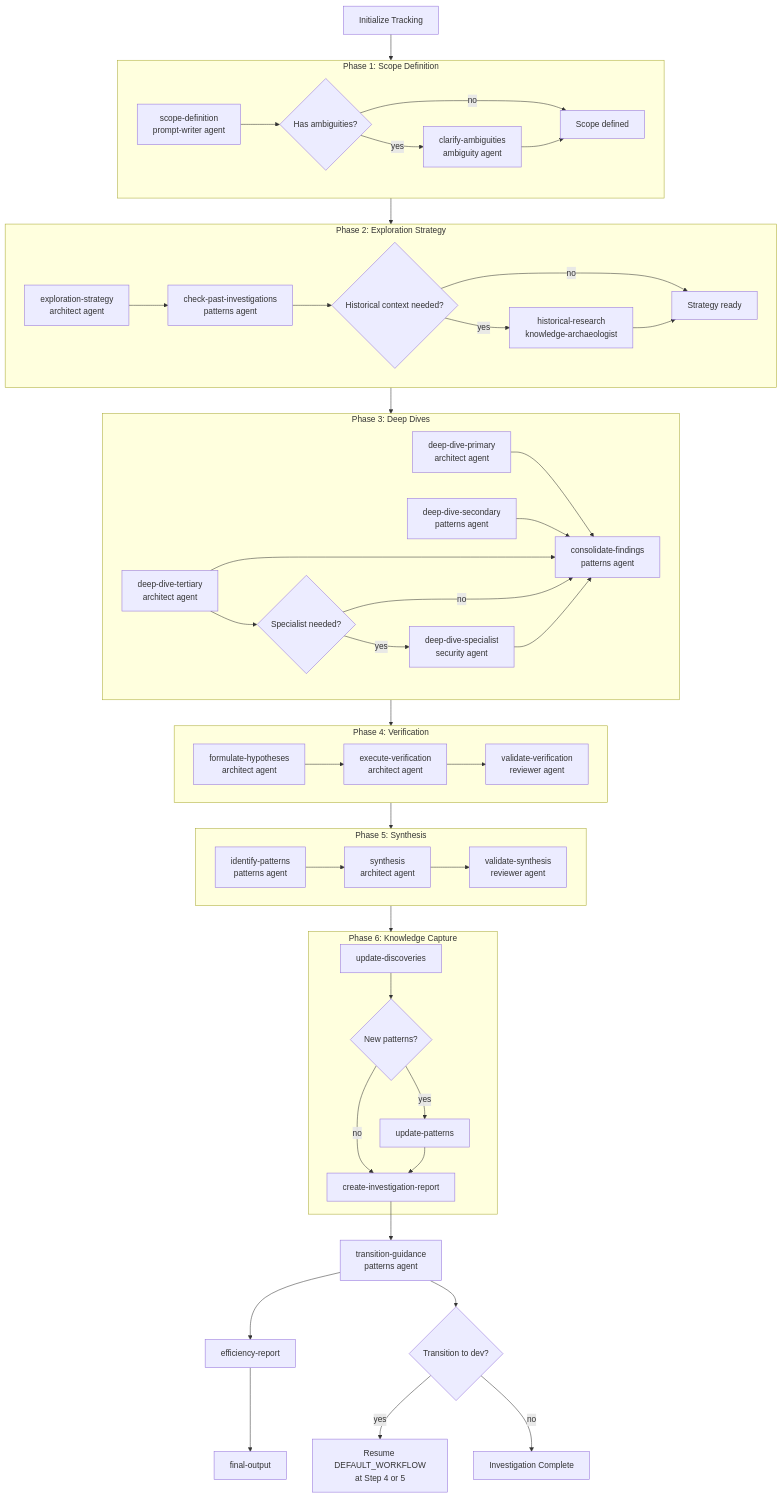
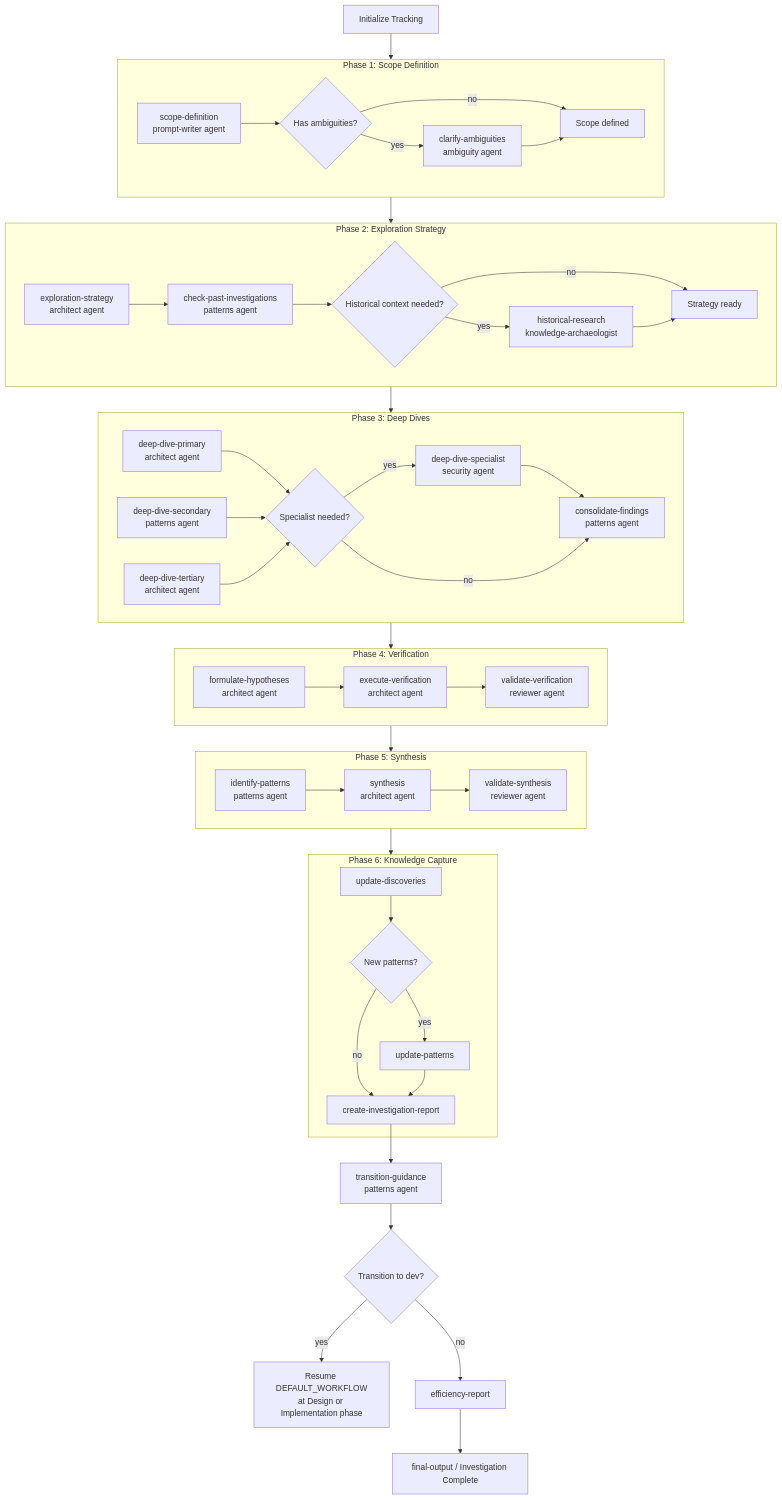
One commit to rysweet/amplihack changed the diagram in .claude/skills/investigation-workflow/SKILL.md. Above: the diagram before and after it, drawn with Mermaid. The commit also changed 3 other files, not shown here.

````diff
--- a/.claude/skills/investigation-workflow/SKILL.md
+++ b/.claude/skills/investigation-workflow/SKILL.md
@@ -29,56 +29,52 @@
 ```mermaid
 flowchart TD
     INIT[Initialize Tracking] --> P1
 
     subgraph P1["Phase 1: Scope Definition"]
         SCOPE[scope-definition<br/>prompt-writer agent] --> AMB{Has ambiguities?}
         AMB -->|yes| CLARIFY[clarify-ambiguities<br/>ambiguity agent]
         AMB -->|no| P1_OUT[Scope defined]
         CLARIFY --> P1_OUT
     end
 
     subgraph P2["Phase 2: Exploration Strategy"]
         STRAT[exploration-strategy<br/>architect agent] --> PAST[check-past-investigations<br/>patterns agent]
         PAST --> HIST{Historical context needed?}
         HIST -->|yes| ARCH[historical-research<br/>knowledge-archaeologist]
         HIST -->|no| P2_OUT[Strategy ready]
         ARCH --> P2_OUT
     end
 
     subgraph P3["Phase 3: Deep Dives"]
-        DD1[deep-dive-primary<br/>architect agent] --> CONSOL[consolidate-findings<br/>patterns agent]
-        DD2[deep-dive-secondary<br/>patterns agent] --> CONSOL
-        DD3[deep-dive-tertiary<br/>architect agent] --> CONSOL
-        DD3 --> DD4{Specialist needed?}
-        DD4 -->|yes| DDS[deep-dive-specialist<br/>security agent]
+        DD1[deep-dive-primary<br/>architect agent] --> DD4{Specialist needed?}
+        DD2[deep-dive-secondary<br/>patterns agent] --> DD4
+        DD3[deep-dive-tertiary<br/>architect agent] --> DD4
+        DD4 -->|yes| DDS[deep-dive-specialist<br/>security agent] --> CONSOL[consolidate-findings<br/>patterns agent]
         DD4 -->|no| CONSOL
-        DDS --> CONSOL
     end
 
     subgraph P4["Phase 4: Verification"]
         HYP[formulate-hypotheses<br/>architect agent] --> EXEC[execute-verification<br/>architect agent]
         EXEC --> VAL[validate-verification<br/>reviewer agent]
     end
 
     subgraph P5["Phase 5: Synthesis"]
         PAT[identify-patterns<br/>patterns agent] --> SYN[synthesis<br/>architect agent]
         SYN --> VSYN[validate-synthesis<br/>reviewer agent]
     end
 
     subgraph P6["Phase 6: Knowledge Capture"]
         DISC[update-discoveries] --> PATN{New patterns?}
         PATN -->|yes| UPAT[update-patterns]
         PATN -->|no| RPT[create-investigation-report]
         UPAT --> RPT
     end
 
     P1 --> P2 --> P3 --> P4 --> P5 --> P6
 
     RPT --> TRANS[transition-guidance<br/>patterns agent]
-    TRANS --> EFF[efficiency-report]
-    EFF --> FINAL[final-output]
-
     TRANS --> TDEV{Transition to dev?}
-    TDEV -->|yes| DW[Resume DEFAULT_WORKFLOW<br/>at Step 4 or 5]
-    TDEV -->|no| DONE[Investigation Complete]
+    TDEV -->|yes| DW[Resume DEFAULT_WORKFLOW<br/>at Design or Implementation phase]
+    TDEV -->|no| EFF[efficiency-report]
+    EFF --> FINAL[final-output / Investigation Complete]
 ```
````
